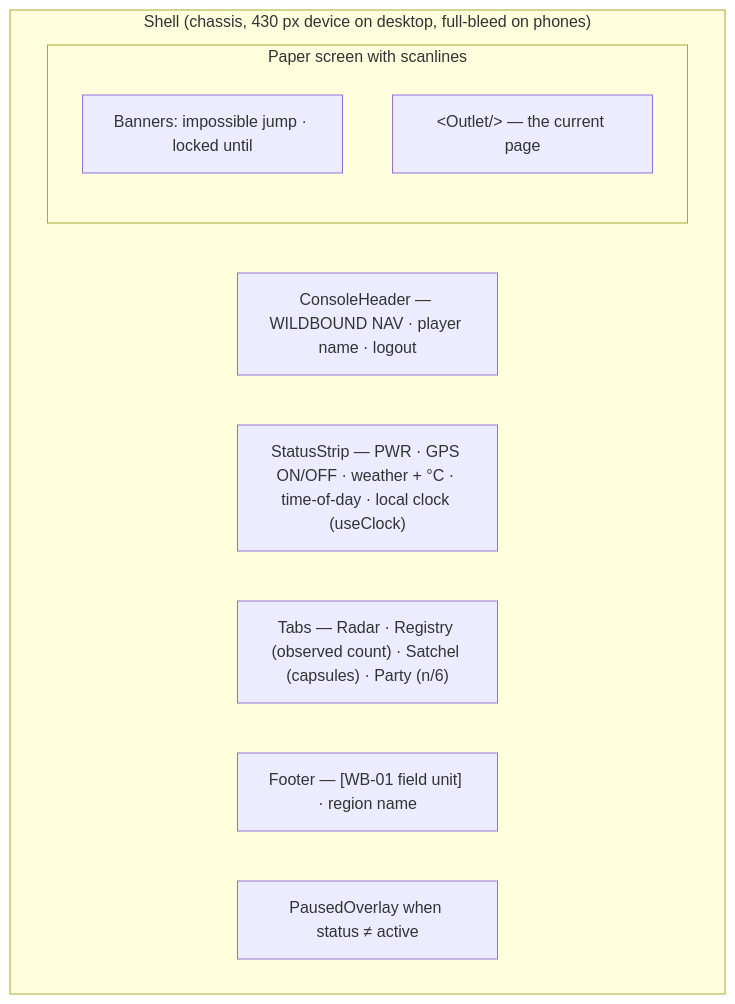
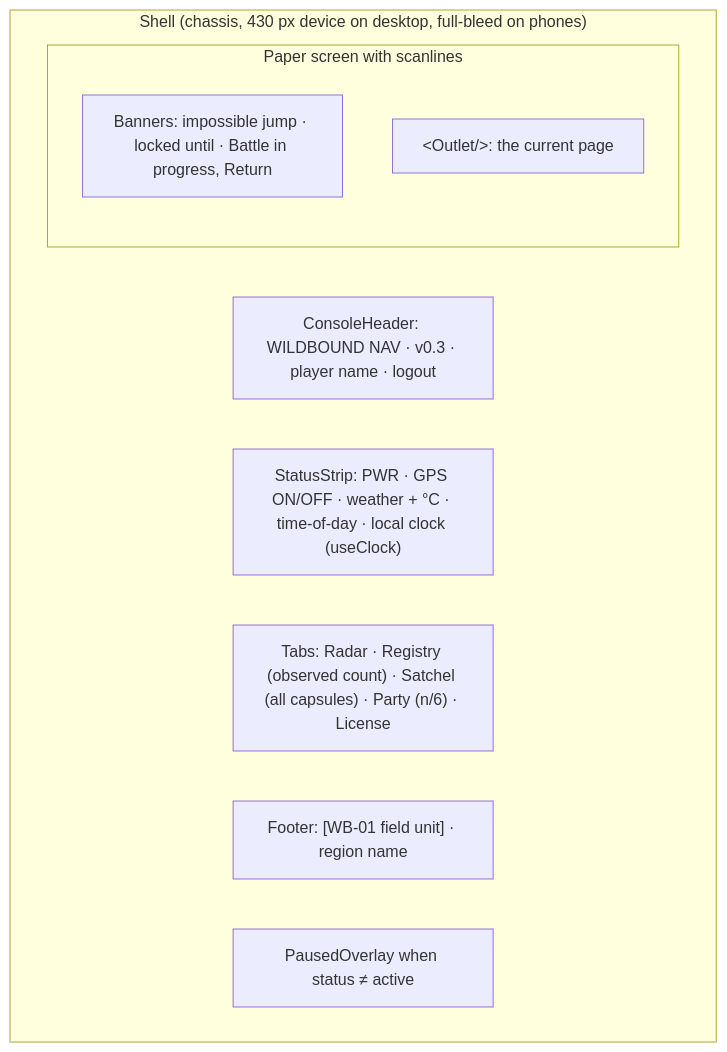
Before and after one commit to samceracas/wildbound: the fifth of 7 diagrams in docs/06-web-game.md, drawn with Mermaid. The commit also changed other lines of this file and 8 other files, not shown here.

First line of the commit message:
docs(0.3.0): overview, architecture, world model, editor, web game, security and dev guide

````diff
--- a/docs/06-web-game.md
+++ b/docs/06-web-game.md
@@ -155,14 +180,14 @@
 ```mermaid
 flowchart TB
     subgraph shell["Shell (chassis, 430 px device on desktop, full-bleed on phones)"]
-        h["ConsoleHeader — WILDBOUND NAV · player name · logout"]
-        s["StatusStrip — PWR · GPS ON/OFF · weather + °C · time-of-day · local clock (useClock)"]
-        t["Tabs — Radar · Registry (observed count) · Satchel (capsules) · Party (n/6)"]
+        h["ConsoleHeader: WILDBOUND NAV · v0.3 · player name · logout"]
+        s["StatusStrip: PWR · GPS ON/OFF · weather + °C · time-of-day · local clock (useClock)"]
+        t["Tabs: Radar · Registry (observed count) · Satchel (all capsules) · Party (n/6) · License"]
         subgraph screen["Paper screen with scanlines"]
-            b["Banners: impossible jump · locked until"]
-            o["&lt;Outlet/&gt; — the current page"]
+            b["Banners: impossible jump · locked until · Battle in progress, Return"]
+            o["&lt;Outlet/&gt;: the current page"]
         end
-        f["Footer — [WB-01 field unit] · region name"]
+        f["Footer: [WB-01 field unit] · region name"]
         p["PausedOverlay when status ≠ active"]
     end
 ```
````
